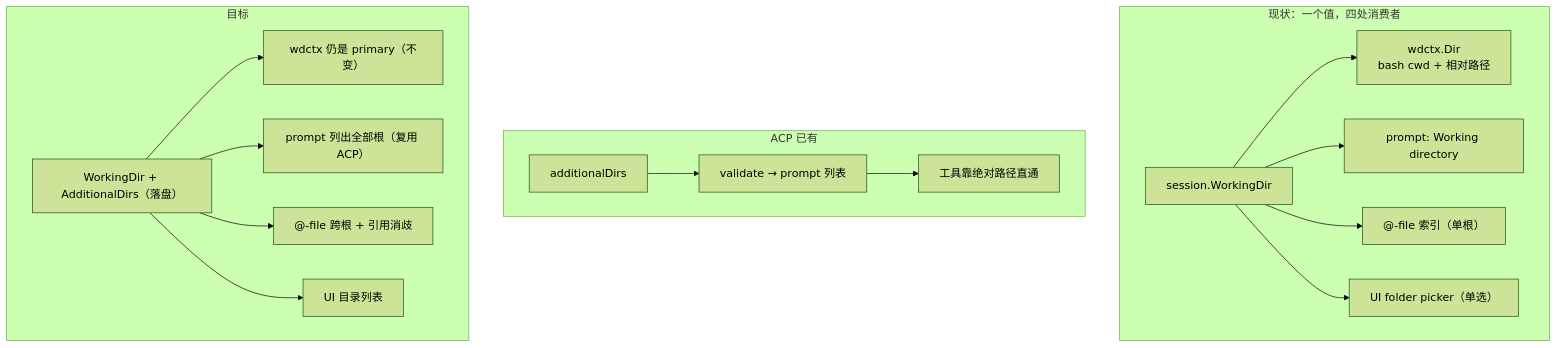
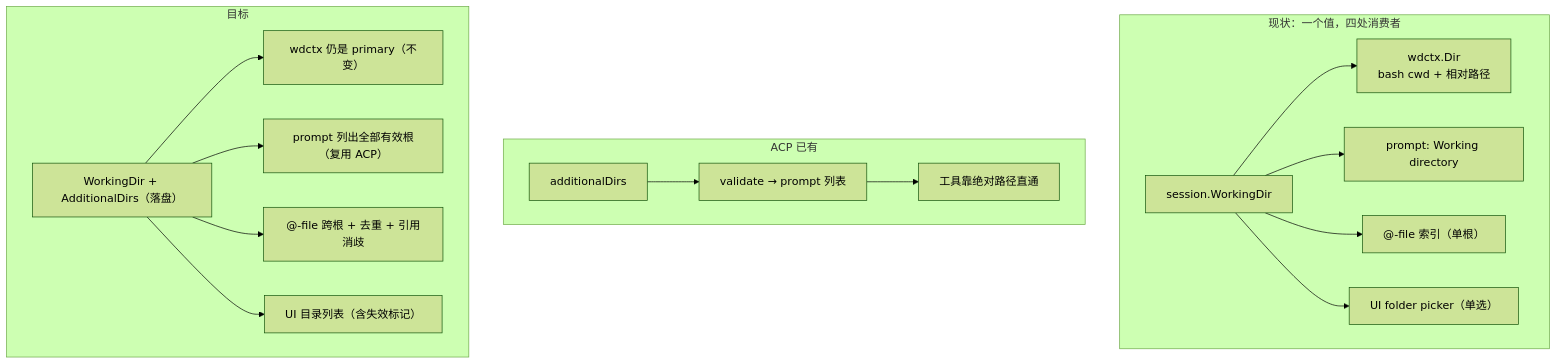
The first of 2 diagrams in docs/2026-09-11-desktop-multi-workspace-design.md (monsterxx03/tachi), drawn with Mermaid (forest theme) before and after one commit. The commit also changed other lines of this file and 27 other files, not shown here.

````diff
--- a/docs/2026-09-11-desktop-multi-workspace-design.md
+++ b/docs/2026-09-11-desktop-multi-workspace-design.md
@@ -68,20 +113,19 @@
 ```mermaid
 flowchart TB
     subgraph now["现状：一个值，四处消费者"]
         W["session.WorkingDir"] --> T["wdctx.Dir<br/>bash cwd + 相对路径"]
         W --> P["prompt: Working directory"]
         W --> F["@-file 索引（单根）"]
         W --> U["UI folder picker（单选）"]
     end
     subgraph a["ACP 已有"]
         A1["additionalDirs"] --> A2["validate → prompt 列表"]
         A2 --> A3["工具靠绝对路径直通"]
     end
     subgraph target["目标"]
-        B1["WorkingDir + AdditionalDirs（落盘）"]
-        B1 --> B2["wdctx 仍是 primary（不变）"]
-        B1 --> B3["prompt 列出全部根（复用 ACP）"]
-        B1 --> B4["@-file 跨根 + 引用消歧"]
-        B1 --> B5["UI 目录列表"]
+        B1["WorkingDir + AdditionalDirs（落盘）"] --> B2["wdctx 仍是 primary（不变）"]
+        B1 --> B3["prompt 列出全部有效根（复用 ACP）"]
+        B1 --> B4["@-file 跨根 + 去重 + 引用消歧"]
+        B1 --> B5["UI 目录列表（含失效标记）"]
     end
 ```
````
